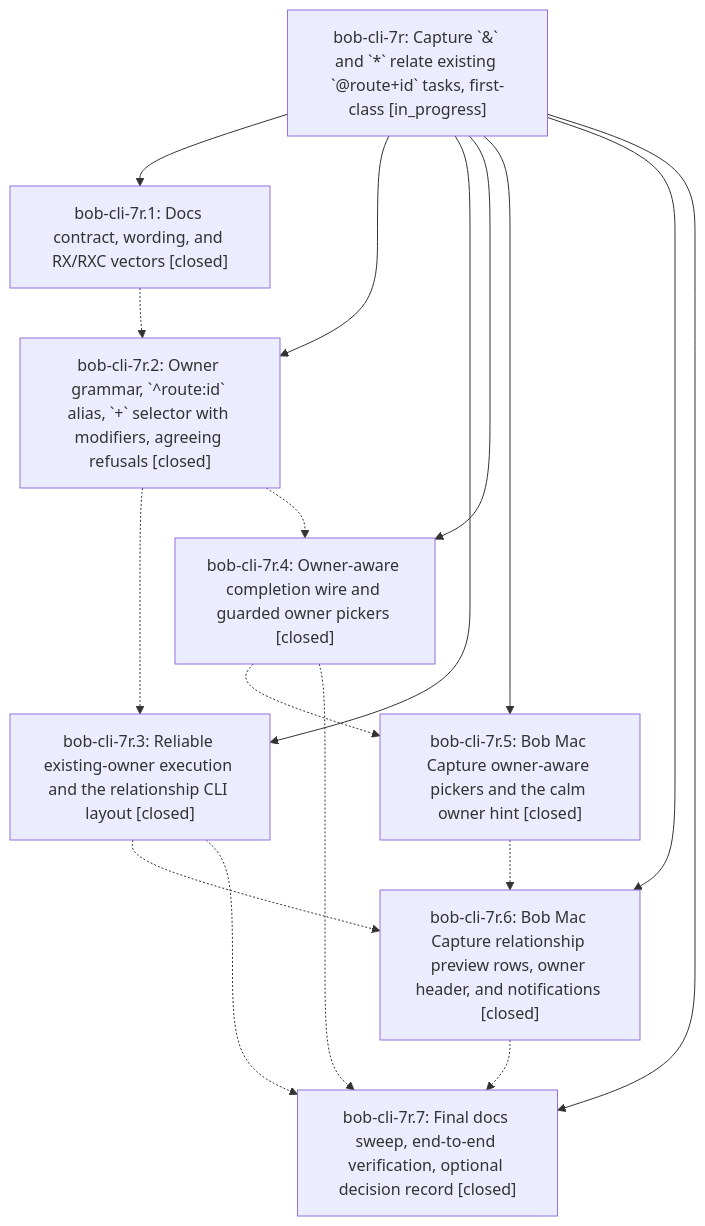
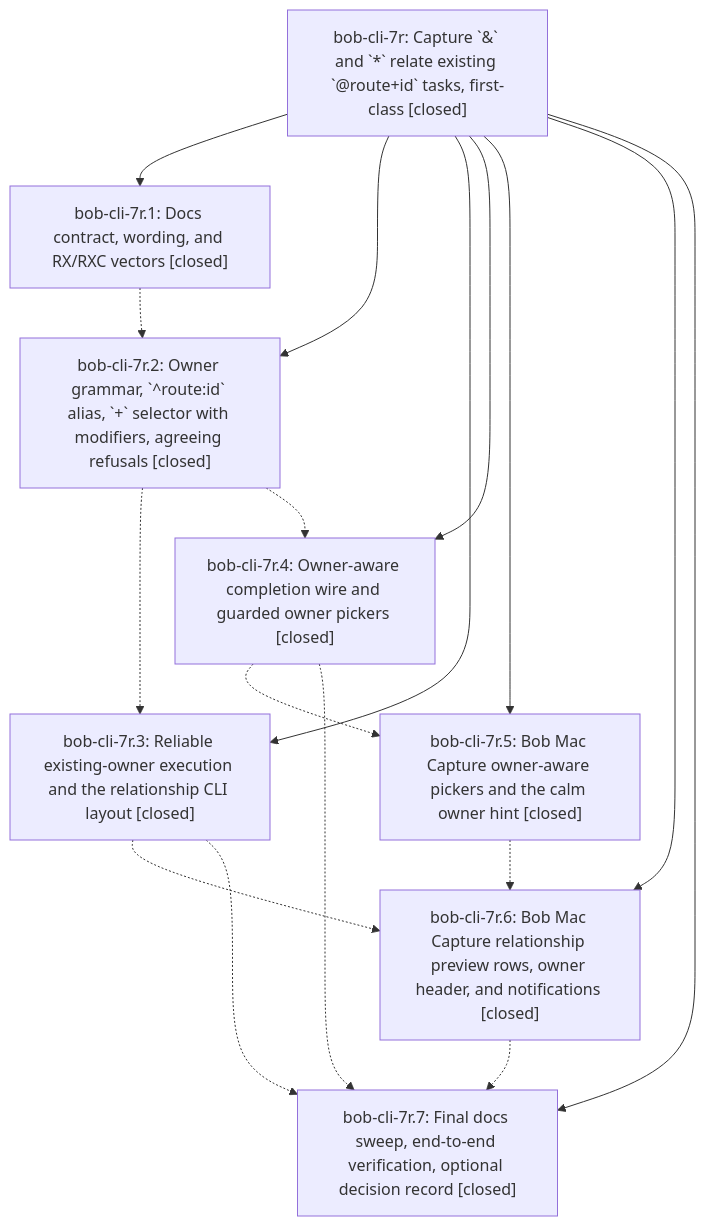
The diagram in pages/bob-cli-7r/README.md (bobs-org/bob-cli--beads), drawn with Mermaid before and after one commit. The commit also changed other lines of this file and 1 other file, not shown here.

First line of the commit message:
chore(beads): sync bead state and pages for bob-cli-7r

````diff
--- a/pages/bob-cli-7r/README.md
+++ b/pages/bob-cli-7r/README.md
@@ -42,27 +68,27 @@
 ```mermaid
 flowchart TD
-    n0["bob-cli-7r: Capture `&` and `*` relate existing `@route+id` tasks, first-class [in_progress]"]
+    n0["bob-cli-7r: Capture `&` and `*` relate existing `@route+id` tasks, first-class [closed]"]
     n1["bob-cli-7r.1: Docs contract, wording, and RX/RXC vectors [closed]"]
     n2["bob-cli-7r.2: Owner grammar, `^route:id` alias, `+` selector with modifiers, agreeing refusals [closed]"]
     n3["bob-cli-7r.3: Reliable existing-owner execution and the relationship CLI layout [closed]"]
     n4["bob-cli-7r.4: Owner-aware completion wire and guarded owner pickers [closed]"]
     n5["bob-cli-7r.5: Bob Mac Capture owner-aware pickers and the calm owner hint [closed]"]
     n6["bob-cli-7r.6: Bob Mac Capture relationship preview rows, owner header, and notifications [closed]"]
     n7["bob-cli-7r.7: Final docs sweep, end-to-end verification, optional decision record [closed]"]
     n0 --> n1
     n0 --> n2
     n0 --> n3
     n0 --> n4
     n0 --> n5
     n0 --> n6
     n0 --> n7
     n1 -.-> n2
     n2 -.-> n3
     n2 -.-> n4
     n3 -.-> n6
     n3 -.-> n7
     n4 -.-> n5
     n4 -.-> n7
     n5 -.-> n6
     n6 -.-> n7
 ```
````
